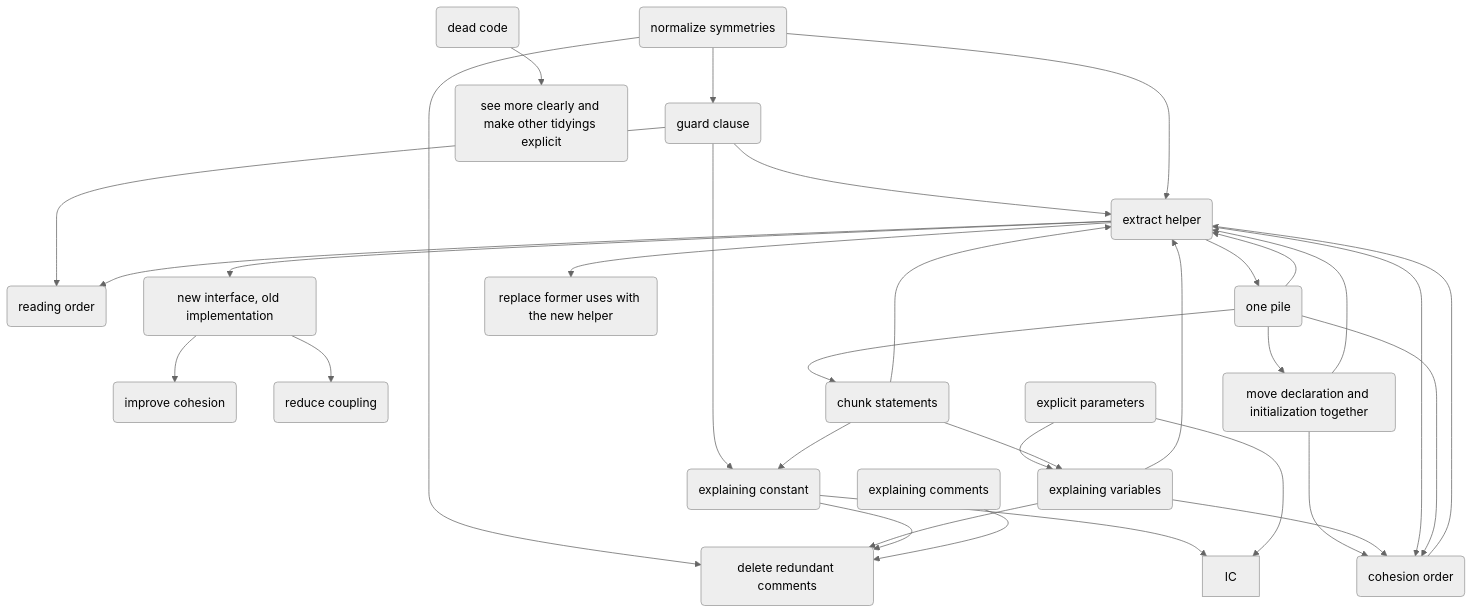
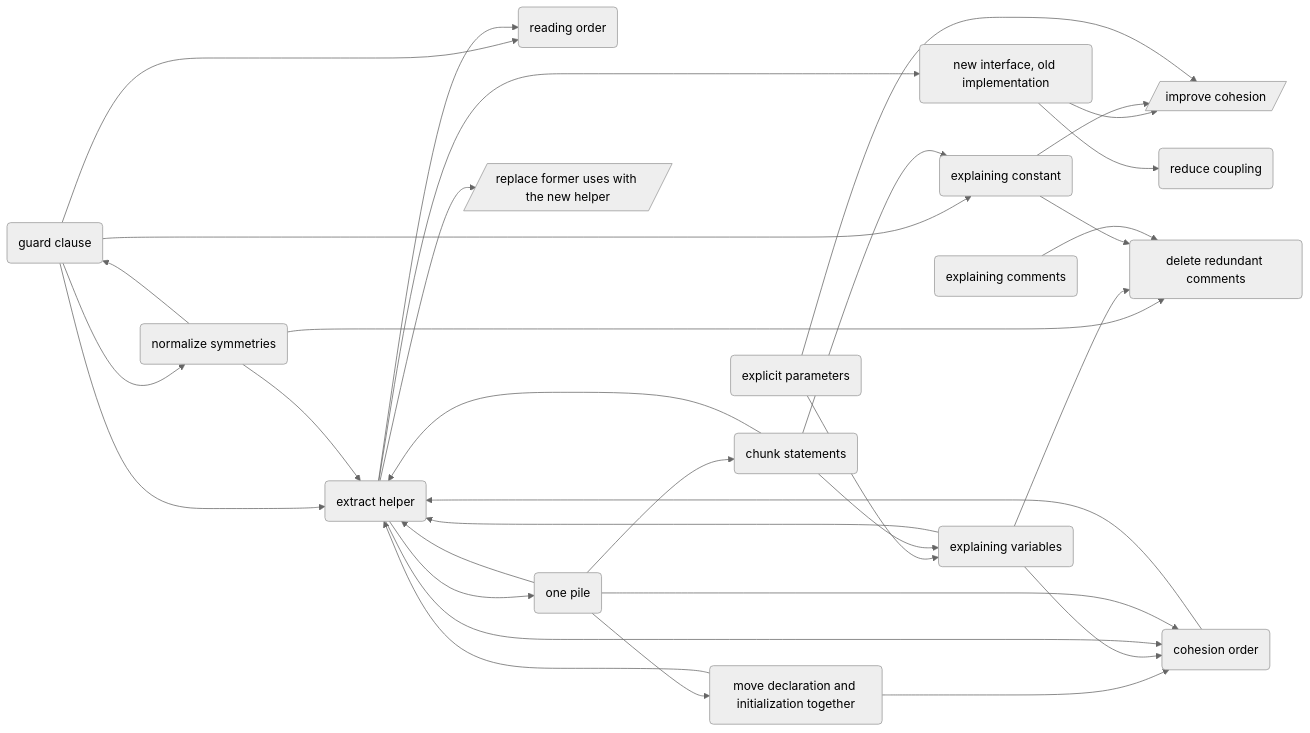
One commit to athiefaine/tidying_patterns changed the first of 2 diagrams in tidying_patterns_options.md. Above: the diagram before and after it, drawn with Mermaid (neutral theme). The commit also changed other lines of this file, not shown here.

````diff
--- a/tidying_patterns_options.md
+++ b/tidying_patterns_options.md
@@ -1,16 +1,15 @@
 ```mermaid
-graph TD;
-  GC(guard clause)-->EH(extract helper) & EC(explaining constant) & RO(reading order);
-  DC(dead code)-->ZS(see more clearly and make other tidyings explicit);
+graph LR;
+  GC(guard clause)-->EH(extract helper) & EC(explaining constant) & RO(reading order) & NS;
   NS(normalize symmetries)-->GC & EH & DRC(delete redundant comments);
-  NIOI(new interface, old implementation)-->ZIC(improve cohesion) & RC(reduce coupling);
+  NIOI(new interface, old implementation)-->ZIC[/improve cohesion/] & RC(reduce coupling);
   CO(cohesion order)-->EH;
   MDIT(move declaration and initialization together)-->EH & CO;
   EV(explaining variables)-->DRC & EH & CO;
-  EC-->DRC & IC;
-  EP(explicit parameters)-->EV & IC;
+  EC-->DRC & ZIC;
+  EP(explicit parameters)-->EV & ZIC;
   CS(chunk statements)-->EH & EV & EC;
-  EH-->RO & OP(one pile) & CO & NIOI & ZRFU(replace former uses with the new helper);
+  EH-->RO & OP(one pile) & CO & NIOI & ZRFU[/replace former uses with the new helper/];
   OP--> CS & CO & EH & MDIT;
   ECO(explaining comments)-->DRC;
 ```
````
